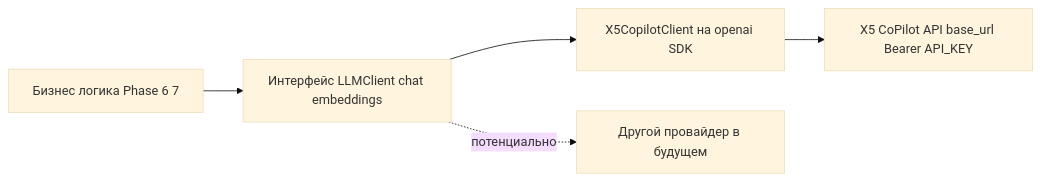
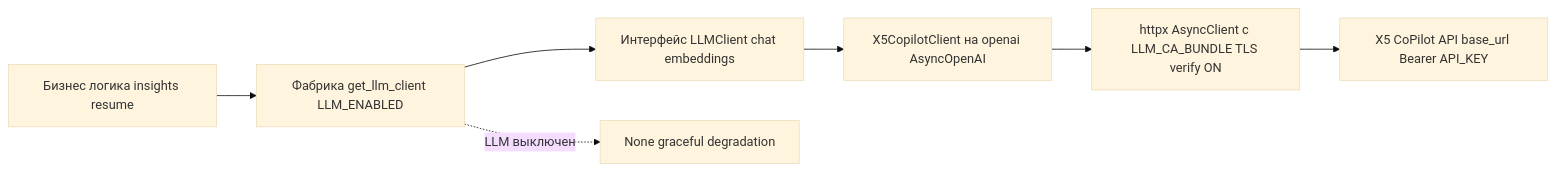
One commit to kemberl1/hh_analyser changed the diagram in docs/05-tech-stack.md. Above: the diagram before and after it, drawn with Mermaid (base theme). The commit also changed other lines of this file and 9 other files, not shown here.

````diff
--- a/docs/05-tech-stack.md
+++ b/docs/05-tech-stack.md
@@ -110,7 +114,9 @@
 ```mermaid
 flowchart LR
-    BL[Бизнес логика Phase 6 7] --> IFACE[Интерфейс LLMClient chat embeddings]
-    IFACE --> IMPL[X5CopilotClient на openai SDK]
-    IMPL --> API[X5 CoPilot API base_url Bearer API_KEY]
-    IFACE -. потенциально .-> ALT[Другой провайдер в будущем]
+    BL[Бизнес логика insights resume] --> FACT[Фабрика get_llm_client LLM_ENABLED]
+    FACT --> IFACE[Интерфейс LLMClient chat embeddings]
+    IFACE --> IMPL[X5CopilotClient на openai AsyncOpenAI]
+    IMPL --> HTTP[httpx AsyncClient с LLM_CA_BUNDLE TLS verify ON]
+    HTTP --> API[X5 CoPilot API base_url Bearer API_KEY]
+    FACT -. LLM выключен .-> NONE[None graceful degradation]
 ```
````
